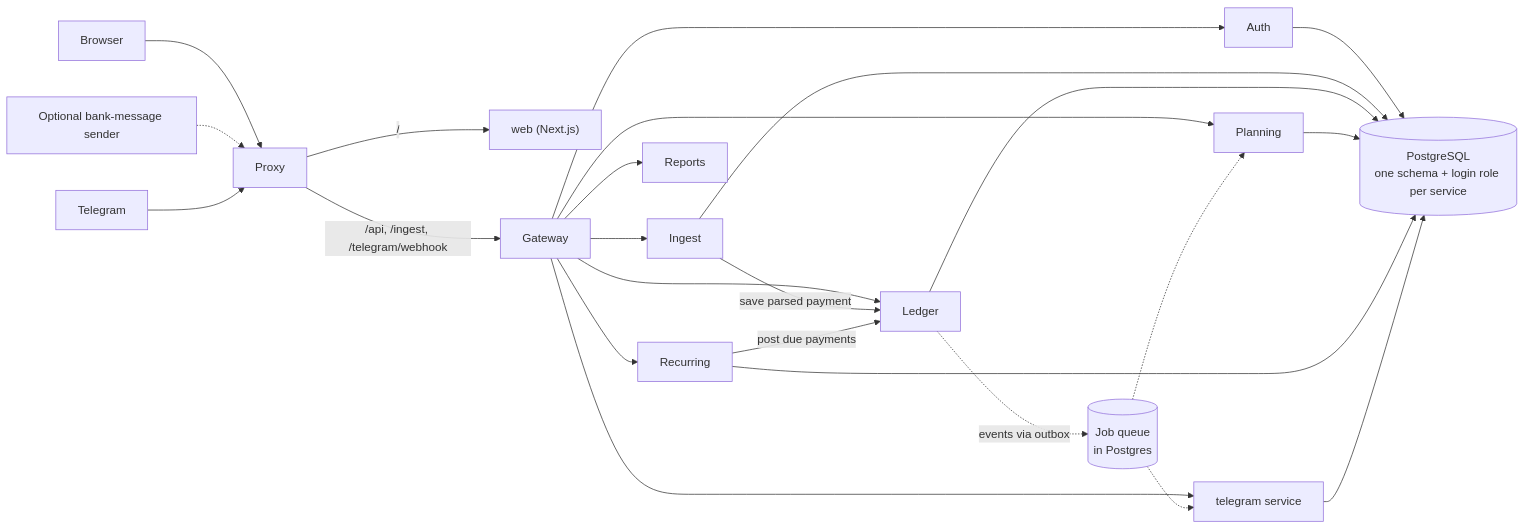
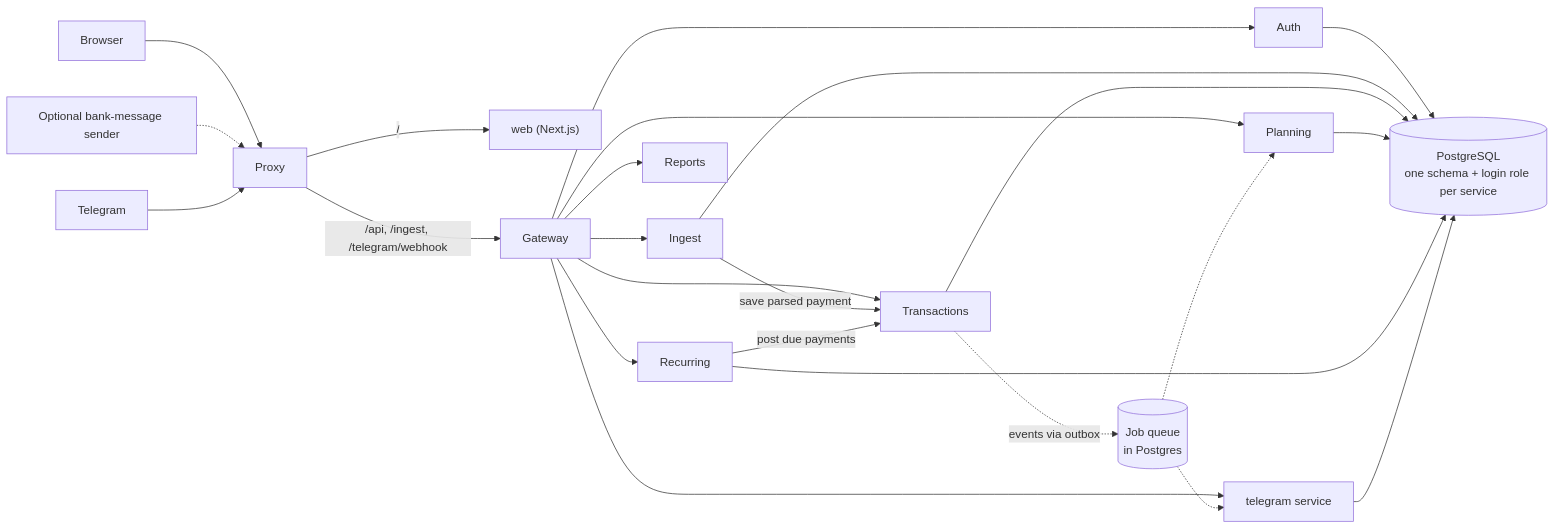
The first of 2 diagrams in README.md (aayushsugandhi2703/LBStash), drawn with Mermaid before and after one commit. The commit also changed other lines of this file and 408 other files, not shown here.

````diff
--- a/README.md
+++ b/README.md
@@ -26,21 +26,21 @@
 ```mermaid
 flowchart LR
   Browser --> Proxy
   Sender["Optional bank-message sender"] -.-> Proxy
   Telegram --> Proxy
   Proxy -->|"/"| Web["web (Next.js)"]
   Proxy -->|"/api, /ingest, /telegram/webhook"| Gateway
   Gateway --> Auth
   Gateway --> Ingest
-  Gateway --> Ledger
+  Gateway --> Transactions
   Gateway --> Planning
   Gateway --> Recurring
   Gateway --> Reports
   Gateway --> Tg["telegram service"]
-  Ingest -->|save parsed payment| Ledger
-  Ledger -.->|events via outbox| Q[("Job queue<br/>in Postgres")]
+  Ingest -->|save parsed payment| Transactions
+  Transactions -.->|events via outbox| Q[("Job queue<br/>in Postgres")]
   Q -.-> Planning
   Q -.-> Tg
-  Recurring -->|post due payments| Ledger
-  Auth & Ingest & Ledger & Planning & Recurring & Tg --> DB[("PostgreSQL<br/>one schema + login role per service")]
+  Recurring -->|post due payments| Transactions
+  Auth & Ingest & Transactions & Planning & Recurring & Tg --> DB[("PostgreSQL<br/>one schema + login role per service")]
 ```
````
